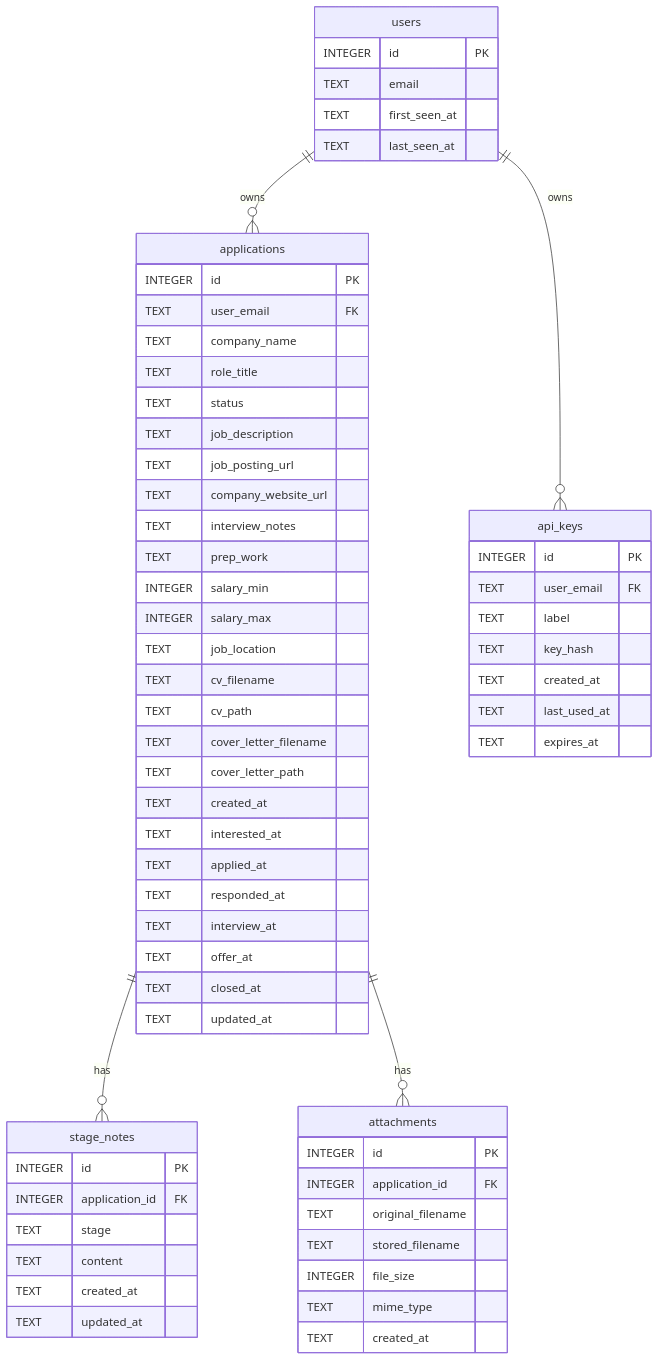
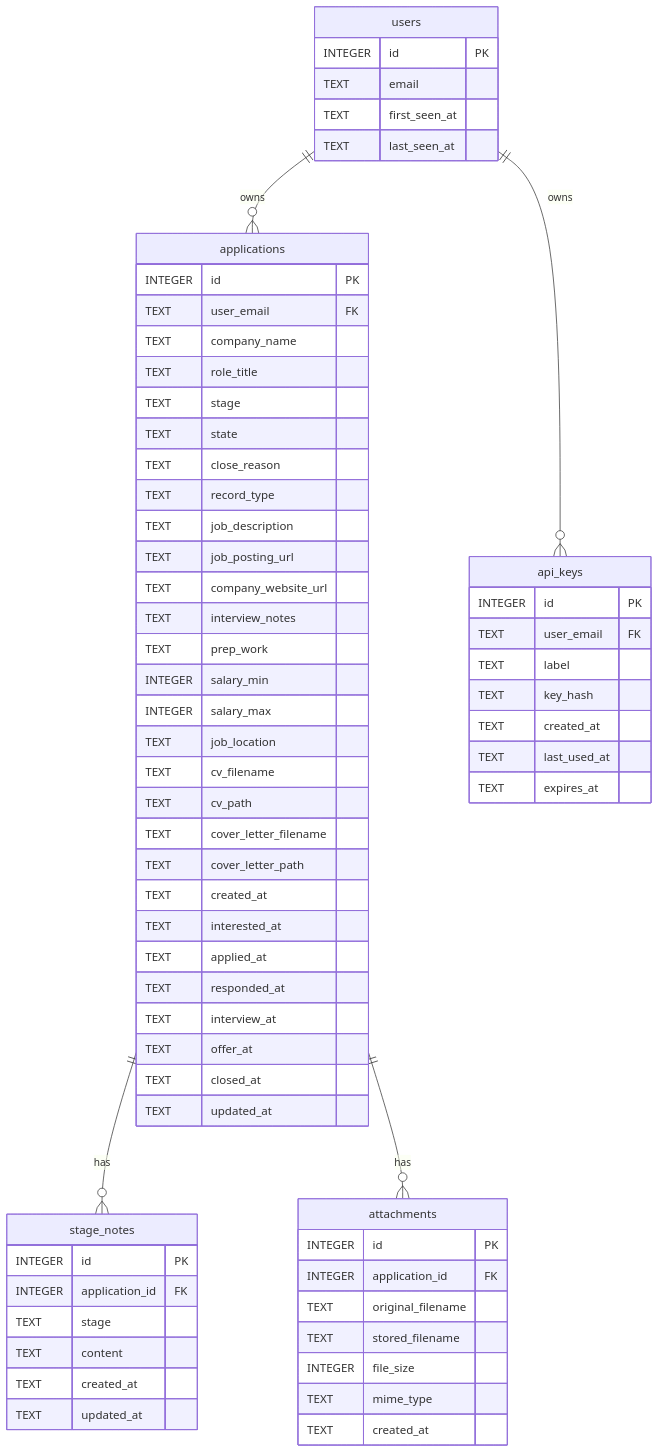
Before and after one commit to fergus/job-tracker: the fourth of 6 diagrams in ARCHITECTURE.md, drawn with Mermaid. The commit also changed other lines of this file and 10 other files, not shown here.

````diff
--- a/ARCHITECTURE.md
+++ b/ARCHITECTURE.md
@@ -85,71 +85,74 @@
 ```mermaid
 erDiagram
     users {
         INTEGER id PK
         TEXT email
         TEXT first_seen_at
         TEXT last_seen_at
     }
 
     applications {
         INTEGER id PK
         TEXT user_email FK
         TEXT company_name
         TEXT role_title
-        TEXT status
+        TEXT stage
+        TEXT state
+        TEXT close_reason
+        TEXT record_type
         TEXT job_description
         TEXT job_posting_url
         TEXT company_website_url
         TEXT interview_notes
         TEXT prep_work
         INTEGER salary_min
         INTEGER salary_max
         TEXT job_location
         TEXT cv_filename
         TEXT cv_path
         TEXT cover_letter_filename
         TEXT cover_letter_path
         TEXT created_at
         TEXT interested_at
         TEXT applied_at
         TEXT responded_at
         TEXT interview_at
         TEXT offer_at
         TEXT closed_at
         TEXT updated_at
     }
 
     stage_notes {
         INTEGER id PK
         INTEGER application_id FK
         TEXT stage
         TEXT content
         TEXT created_at
         TEXT updated_at
     }
 
     attachments {
         INTEGER id PK
         INTEGER application_id FK
         TEXT original_filename
         TEXT stored_filename
         INTEGER file_size
         TEXT mime_type
         TEXT created_at
     }
 
     api_keys {
         INTEGER id PK
         TEXT user_email FK
         TEXT label
         TEXT key_hash
         TEXT created_at
         TEXT last_used_at
         TEXT expires_at
     }
 
     users ||--o{ applications : "owns"
     users ||--o{ api_keys : "owns"
     applications ||--o{ stage_notes : "has"
     applications ||--o{ attachments : "has"
 ```
````
